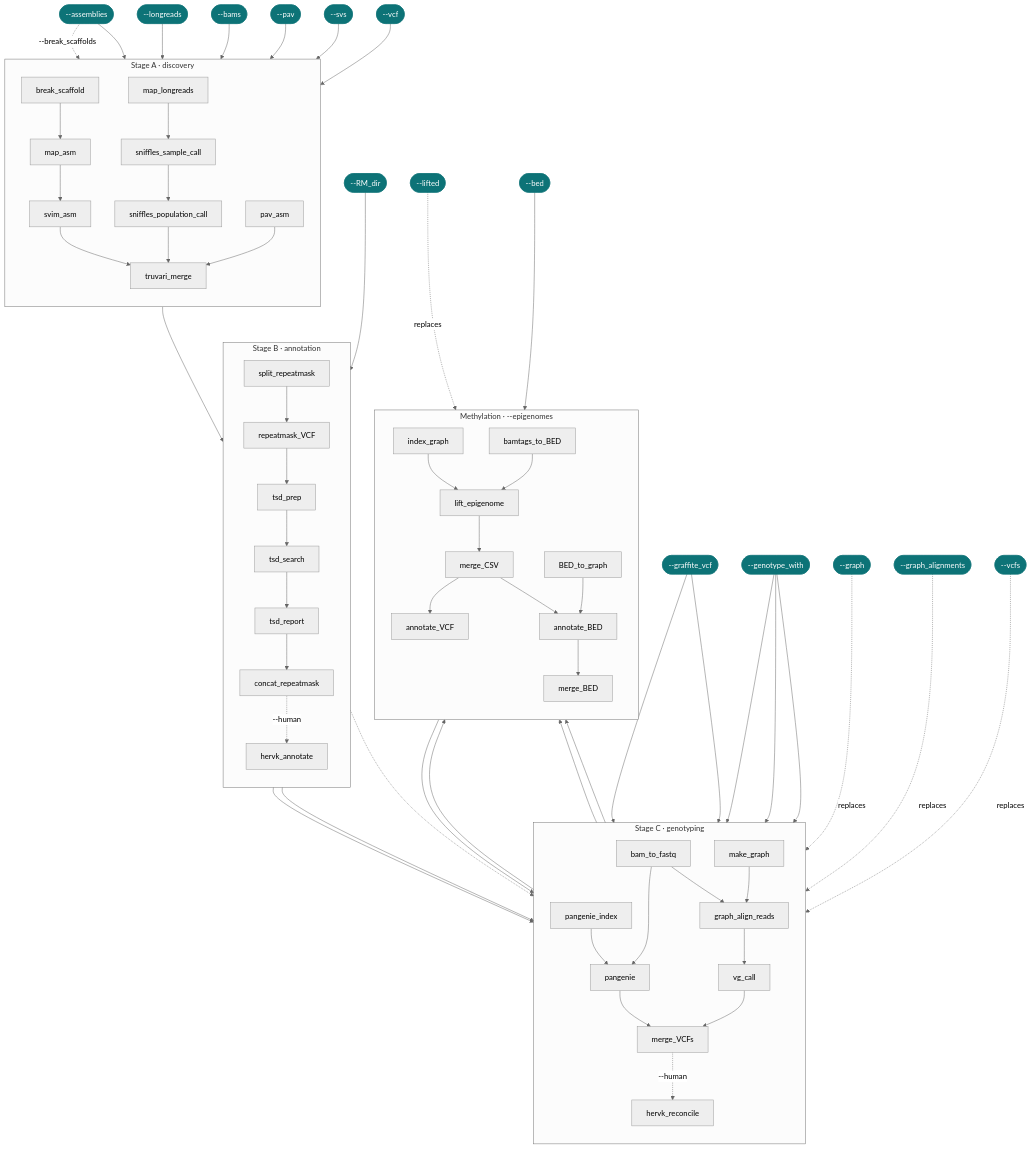
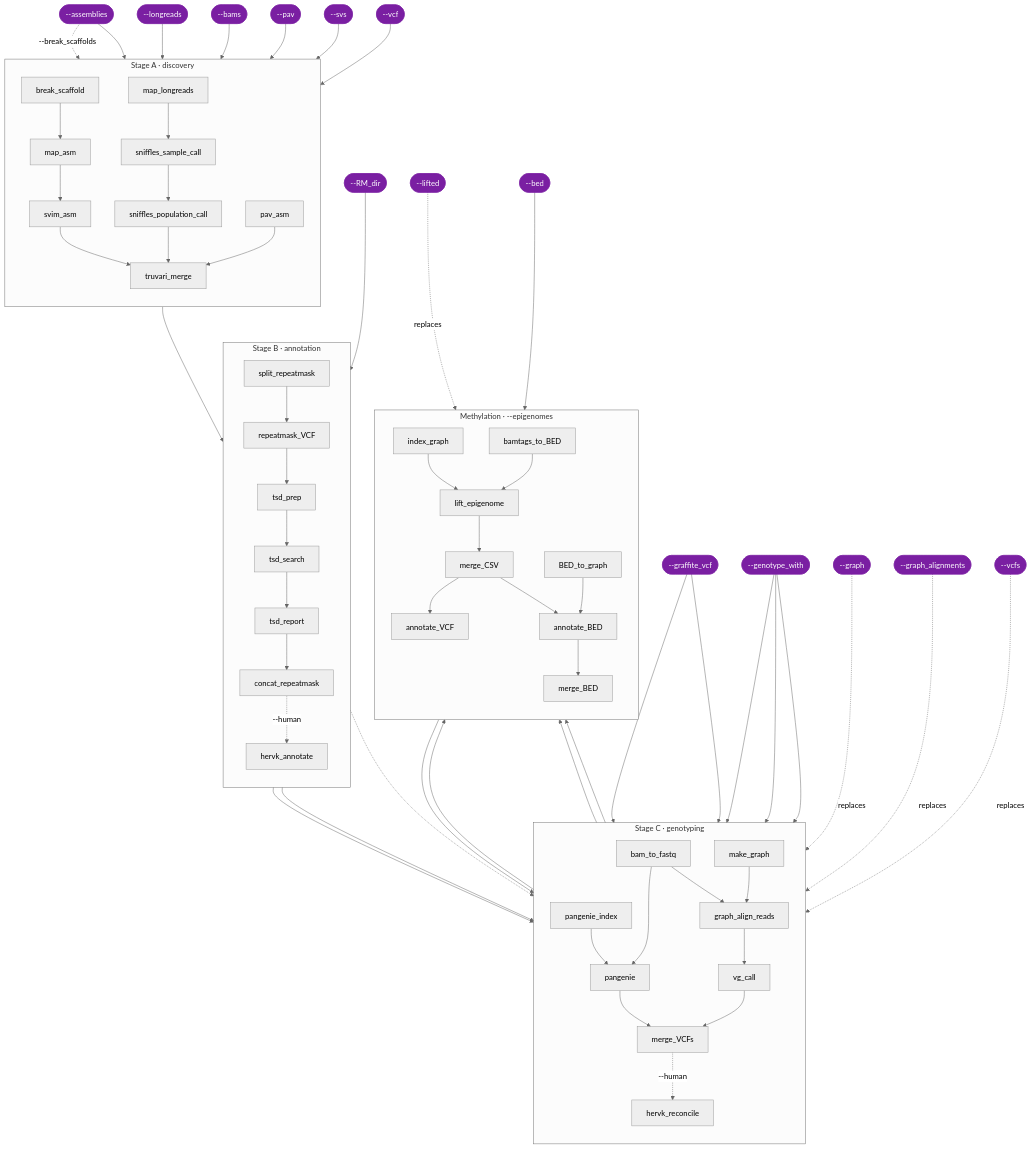
Before and after one commit to cgroza/GraffiTE: the diagram in docs/reference/processes.md, drawn with Mermaid (neutral theme). The commit also changed 13 other files, not shown here.

````diff
--- a/docs/reference/processes.md
+++ b/docs/reference/processes.md
@@ -26,74 +26,74 @@
 ```mermaid
 flowchart TD
     subgraph SA["Stage A · discovery"]
         direction TB
         bs["break_scaffold"] --> ma["map_asm"] --> sv["svim_asm"]
         ml["map_longreads"] --> ssc["sniffles_sample_call"] --> spc["sniffles_population_call"]
         pav["pav_asm"]
         tm["truvari_merge"]
         sv --> tm
         spc --> tm
         pav --> tm
     end
 
     asmIn(["--assemblies"]) -.->|"--break_scaffolds"| bs
     asmIn --> ma
     lrIn(["--longreads"]) --> ml
     bamIn(["--bams"]) --> ssc
     pavIn(["--pav"]) --> pav
     svsIn(["--svs"]) --> tm
     vcfIn(["--vcf"]) --> tm
 
     subgraph SB["Stage B · annotation"]
         direction TB
         spl["split_repeatmask"] --> rm["repeatmask_VCF"]
         rm --> tp["tsd_prep"] --> ts["tsd_search"] --> tr["tsd_report"] --> cr["concat_repeatmask"]
         cr -.->|"--human"| ha["hervk_annotate"]
     end
 
     tm --> spl
     rmdIn(["--RM_dir"]) --> tp
 
     subgraph SC["Stage C · genotyping"]
         direction TB
         b2f["bam_to_fastq"]
         pi["pangenie_index"] --> pg["pangenie"]
         mg["make_graph"] --> gar["graph_align_reads"] --> vc["vg_call"]
         pg --> mv["merge_VCFs"]
         vc --> mv
         mv -.->|"--human"| hr["hervk_reconcile"]
     end
 
     cr --> pi
     cr --> mg
     ha -.-> hr
     gvcfIn(["--graffite_vcf"]) --> pi
     gvcfIn --> mg
     readsIn(["--genotype_with"]) --> b2f
     readsIn --> pg
     readsIn --> gar
     b2f --> gar
     b2f --> pg
     graphIn(["--graph"]) -.->|"replaces"| mg
     galnIn(["--graph_alignments"]) -.->|"replaces"| gar
     vcfsIn(["--vcfs"]) -.->|"replaces"| vc
 
     subgraph SM["Methylation · --epigenomes"]
         direction TB
         ig["index_graph"]
         b2b["bamtags_to_BED"] --> le["lift_epigenome"] --> mc["merge_CSV"] --> av["annotate_VCF"]
         b2g["BED_to_graph"] --> ab["annotate_BED"] --> mb["merge_BED"]
     end
 
     mg --> ig
     ig --> le
     gar --> le
     vc --> av
     av --> mv
     mc --> ab
     liftIn(["--lifted"]) -.->|"replaces"| le
     bedIn(["--bed"]) --> b2g
 
-    classDef inp fill:#0d7377,stroke:#0d7377,color:#fff;
+    classDef inp fill:#7a1fa2,stroke:#7a1fa2,color:#fff;
     class asmIn,lrIn,bamIn,pavIn,svsIn,vcfIn,rmdIn,gvcfIn,readsIn,graphIn,galnIn,vcfsIn,liftIn,bedIn inp;
 ```
````
